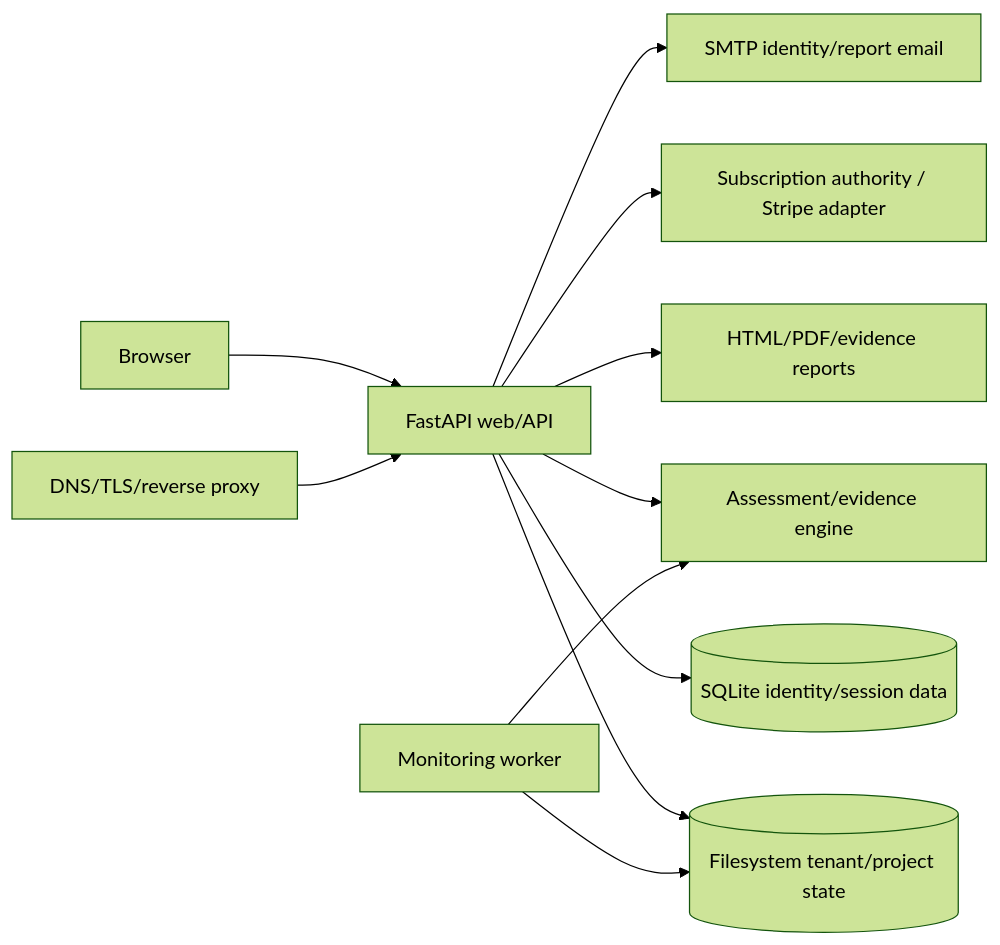
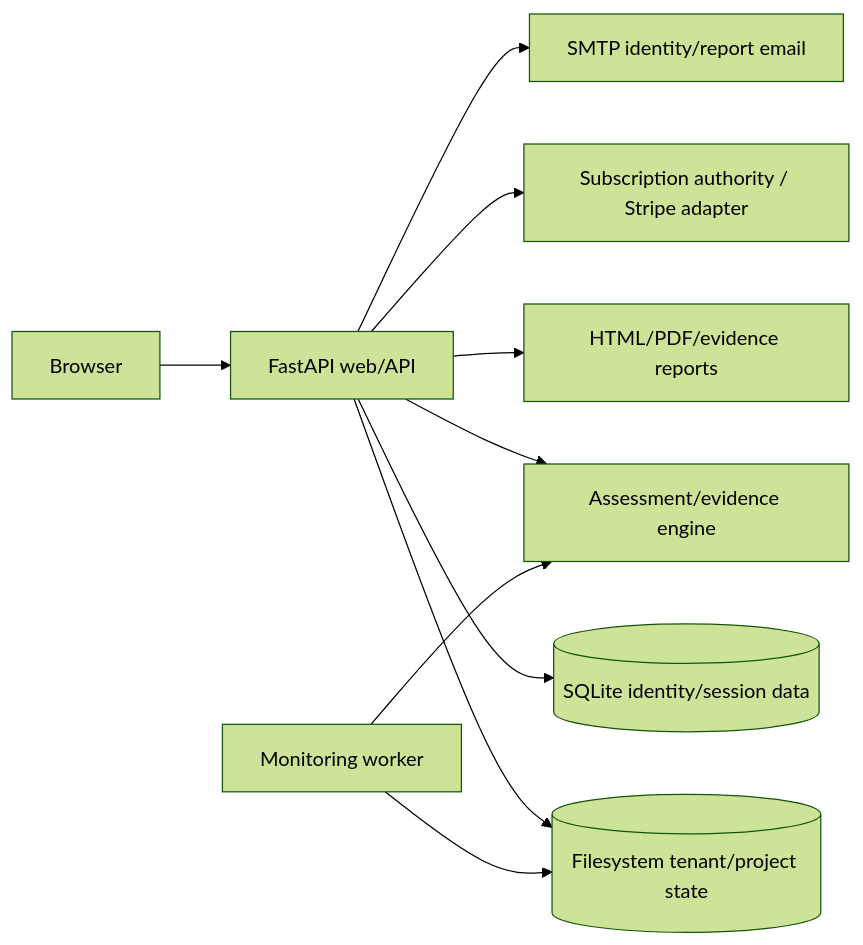
Before and after one commit to RafaelAlbaWebify/veridra: the diagram in .ai/ARCHITECTURE.md, drawn with Mermaid (forest theme). The commit also changed other lines of this file, not shown here.

Commit message:
Realign architecture to operator-local Windows

````diff
--- a/.ai/ARCHITECTURE.md
+++ b/.ai/ARCHITECTURE.md
@@ -4,13 +4,12 @@
 ```mermaid
 flowchart LR
   Browser --> FastAPI[FastAPI web/API]
   FastAPI --> Identity[(SQLite identity/session data)]
   FastAPI --> Tenant[(Filesystem tenant/project state)]
   FastAPI --> Assessment[Assessment/evidence engine]
   FastAPI --> Reports[HTML/PDF/evidence reports]
   FastAPI --> Billing[Subscription authority / Stripe adapter]
   FastAPI --> SMTP[SMTP identity/report email]
   Worker[Monitoring worker] --> Tenant
   Worker --> Assessment
-  Edge[DNS/TLS/reverse proxy] --> FastAPI
 ```
````
